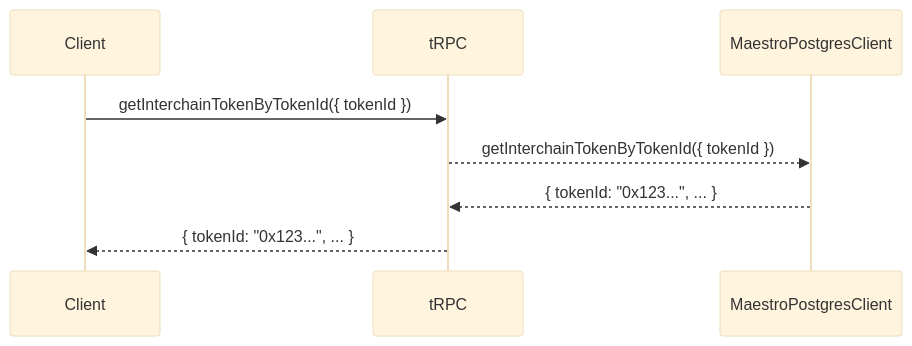
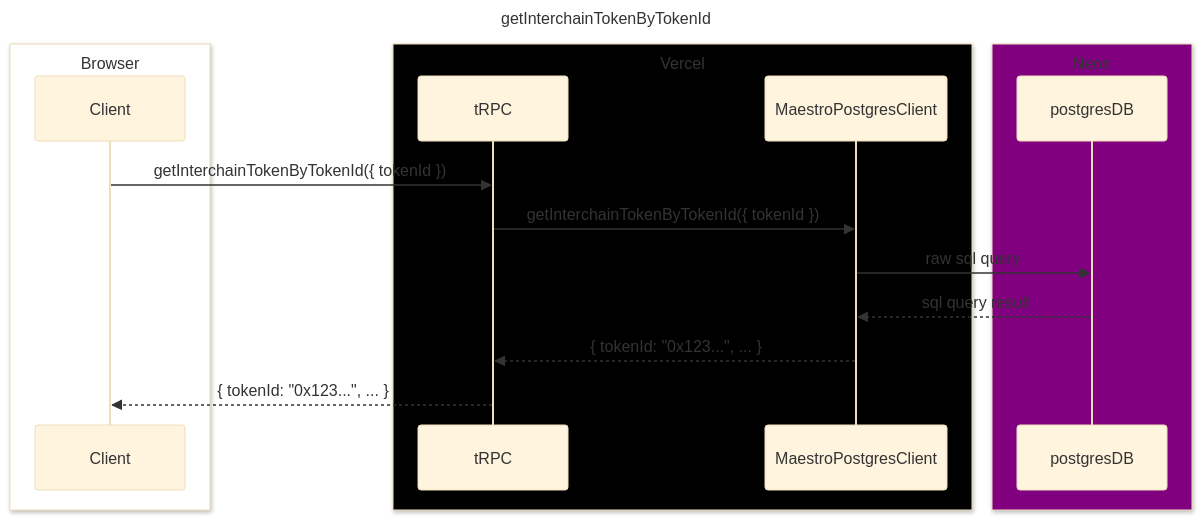
The first of 2 diagrams in apps/maestro/src/server/README.md (axelarnetwork/axelarjs), drawn with Mermaid (base theme) before and after one commit. The commit also changed other lines of this file, not shown here.

Commit message:
chore: add labels and bounding boxes'

````diff
--- a/apps/maestro/src/server/README.md
+++ b/apps/maestro/src/server/README.md
@@ -9,7 +9,24 @@
 ```mermaid
+---
+title: getInterchainTokenByTokenId
+---
 sequenceDiagram
-    Client->>tRPC: getInterchainTokenByTokenId({ tokenId })
-    tRPC-->>MaestroPostgresClient: getInterchainTokenByTokenId({ tokenId })
-    MaestroPostgresClient-->>tRPC: { tokenId: "0x123...", ... }
-    tRPC-->>Client: { tokenId: "0x123...", ... }
+
+box White Browser
+    participant Client
+end
+box Black Vercel
+    participant tRPC
+    participant MaestroPostgresClient
+end
+box Purple Neon
+    participant postgresDB
+end
+
+Client->>tRPC: getInterchainTokenByTokenId({ tokenId })
+tRPC->>MaestroPostgresClient: getInterchainTokenByTokenId({ tokenId })
+MaestroPostgresClient->>postgresDB: raw sql query
+postgresDB-->>MaestroPostgresClient: sql query result
+MaestroPostgresClient-->>tRPC: { tokenId: "0x123...", ... }
+tRPC-->>Client: { tokenId: "0x123...", ... }
 ```
````
